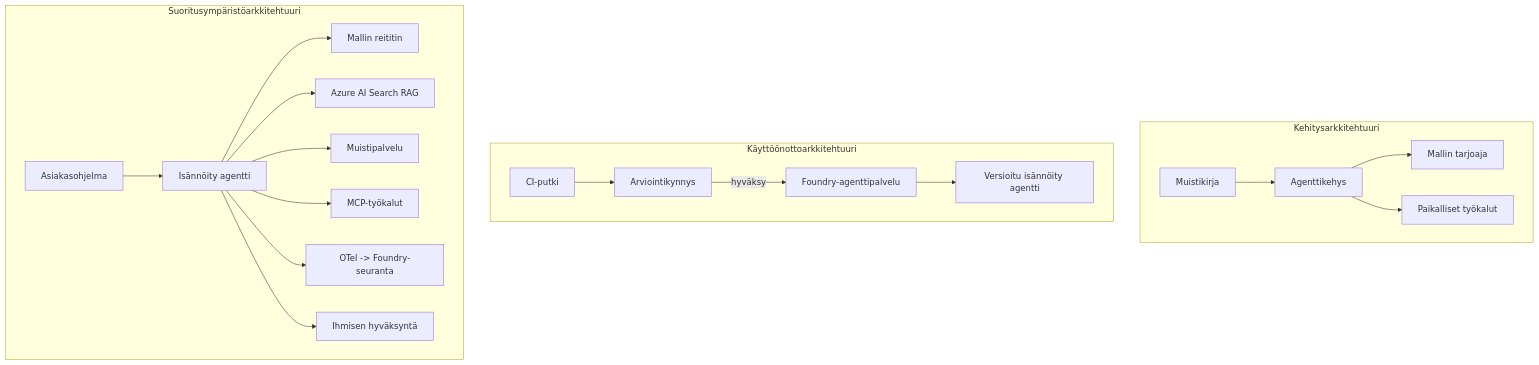
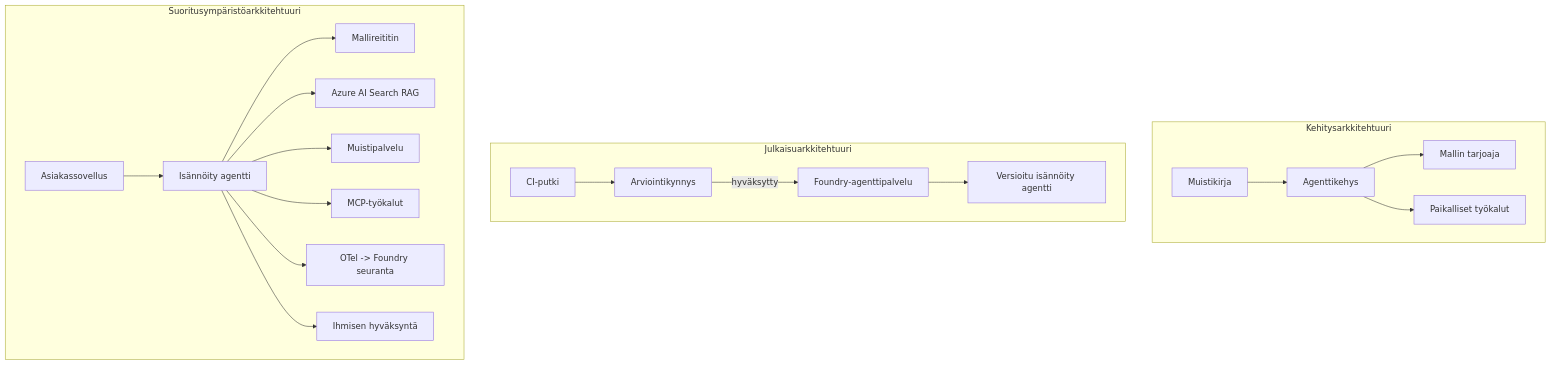
The fourth of 4 diagrams in mirrors/repos/microsoft@ai-agents-for-beginners/translations/fi/16-deploying-scalable-agents/README.md (gabrielmoreira/agent-skills-mirror), drawn with Mermaid before and after one commit. The commit also changed other lines of this file and 4262 other files, not shown here.

````diff
--- a/mirrors/repos/microsoft@ai-agents-for-beginners/translations/fi/16-deploying-scalable-agents/README.md
+++ b/mirrors/repos/microsoft@ai-agents-for-beginners/translations/fi/16-deploying-scalable-agents/README.md
@@ -185,22 +185,22 @@
 ```mermaid
 flowchart TB
     subgraph Dev[Kehitysarkkitehtuuri]
         D1[Muistikirja] --> D2[Agenttikehys]
         D2 --> D3[Mallin tarjoaja]
         D2 --> D4[Paikalliset työkalut]
     end
-    subgraph Deploy[Käyttöönottoarkkitehtuuri]
+    subgraph Deploy[Julkaisuarkkitehtuuri]
         E1[CI-putki] --> E2[Arviointikynnys]
-        E2 -->|hyväksy| E3[Foundry-agenttipalvelu]
+        E2 -->|hyväksytty| E3[Foundry-agenttipalvelu]
         E3 --> E4[Versioitu isännöity agentti]
     end
     subgraph Run[Suoritusympäristöarkkitehtuuri]
-        F1[Asiakasohjelma] --> F2[Isännöity agentti]
-        F2 --> F3[Mallin reititin]
+        F1[Asiakassovellus] --> F2[Isännöity agentti]
+        F2 --> F3[Mallireititin]
         F2 --> F4[Azure AI Search RAG]
         F2 --> F5[Muistipalvelu]
         F2 --> F6[MCP-työkalut]
-        F2 --> F7[OTel -> Foundry-seuranta]
+        F2 --> F7[OTel -> Foundry seuranta]
         F2 --> F8[Ihmisen hyväksyntä]
     end
 ```
````
